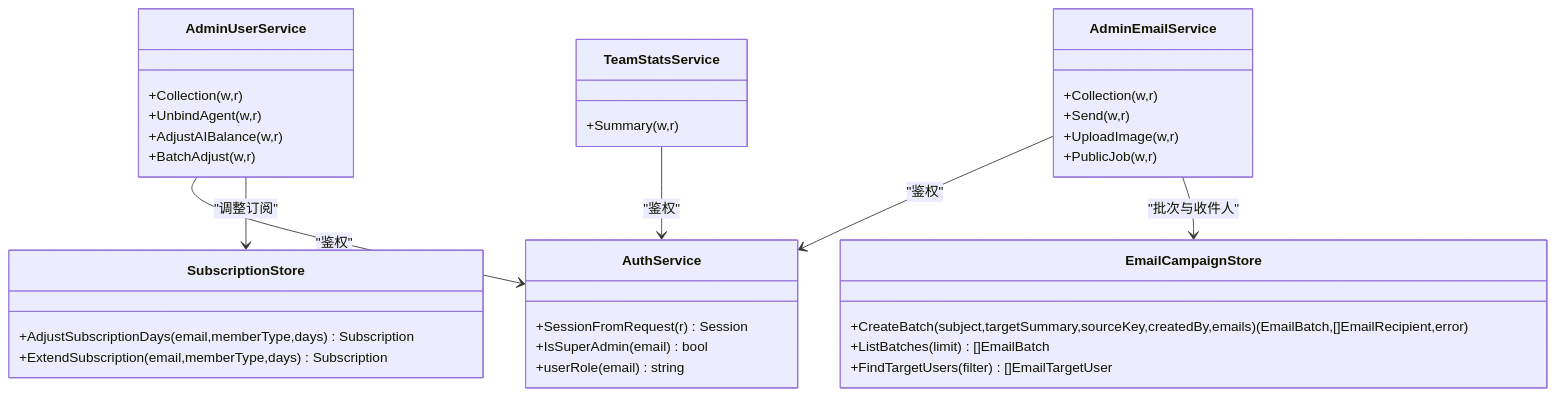
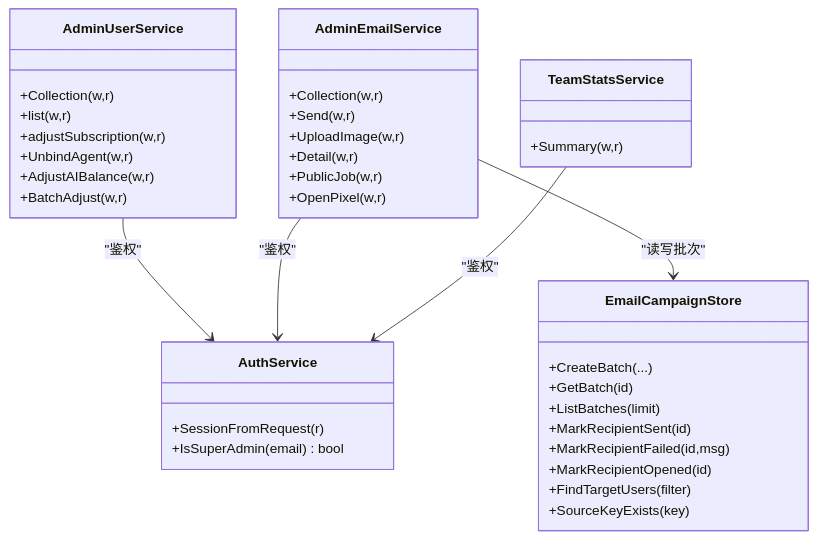
One commit to alvinwangzi/goodhr changed the third of 3 diagrams in .qoder/repowiki/zh/content/API接口文档/云端REST API/管理后台API/管理后台API.md. Above: the diagram before and after it, drawn with Mermaid. The commit also changed other lines of this file and 149 other files, not shown here.

````diff
--- a/.qoder/repowiki/zh/content/API接口文档/云端REST API/管理后台API/管理后台API.md
+++ b/.qoder/repowiki/zh/content/API接口文档/云端REST API/管理后台API/管理后台API.md
@@ -324,37 +259,40 @@
 ```mermaid
 classDiagram
 class AuthService {
-+SessionFromRequest(r) Session
++SessionFromRequest(r)
 +IsSuperAdmin(email) bool
-+userRole(email) string
 }
 class AdminUserService {
 +Collection(w,r)
++list(w,r)
++adjustSubscription(w,r)
 +UnbindAgent(w,r)
 +AdjustAIBalance(w,r)
 +BatchAdjust(w,r)
 }
 class AdminEmailService {
 +Collection(w,r)
 +Send(w,r)
 +UploadImage(w,r)
++Detail(w,r)
 +PublicJob(w,r)
++OpenPixel(w,r)
 }
 class TeamStatsService {
 +Summary(w,r)
 }
-class SubscriptionStore {
-+AdjustSubscriptionDays(email,memberType,days) Subscription
-+ExtendSubscription(email,memberType,days) Subscription
-}
 class EmailCampaignStore {
-+CreateBatch(subject,targetSummary,sourceKey,createdBy,emails) (EmailBatch,[]EmailRecipient,error)
-+ListBatches(limit) []EmailBatch
-+FindTargetUsers(filter) []EmailTargetUser
++CreateBatch(...)
++GetBatch(id)
++ListBatches(limit)
++MarkRecipientSent(id)
++MarkRecipientFailed(id,msg)
++MarkRecipientOpened(id)
++FindTargetUsers(filter)
++SourceKeyExists(key)
 }
 AdminUserService --> AuthService : "鉴权"
-AdminUserService --> SubscriptionStore : "调整订阅"
 AdminEmailService --> AuthService : "鉴权"
-AdminEmailService --> EmailCampaignStore : "批次与收件人"
 TeamStatsService --> AuthService : "鉴权"
+AdminEmailService --> EmailCampaignStore : "读写批次"
 ```
````
